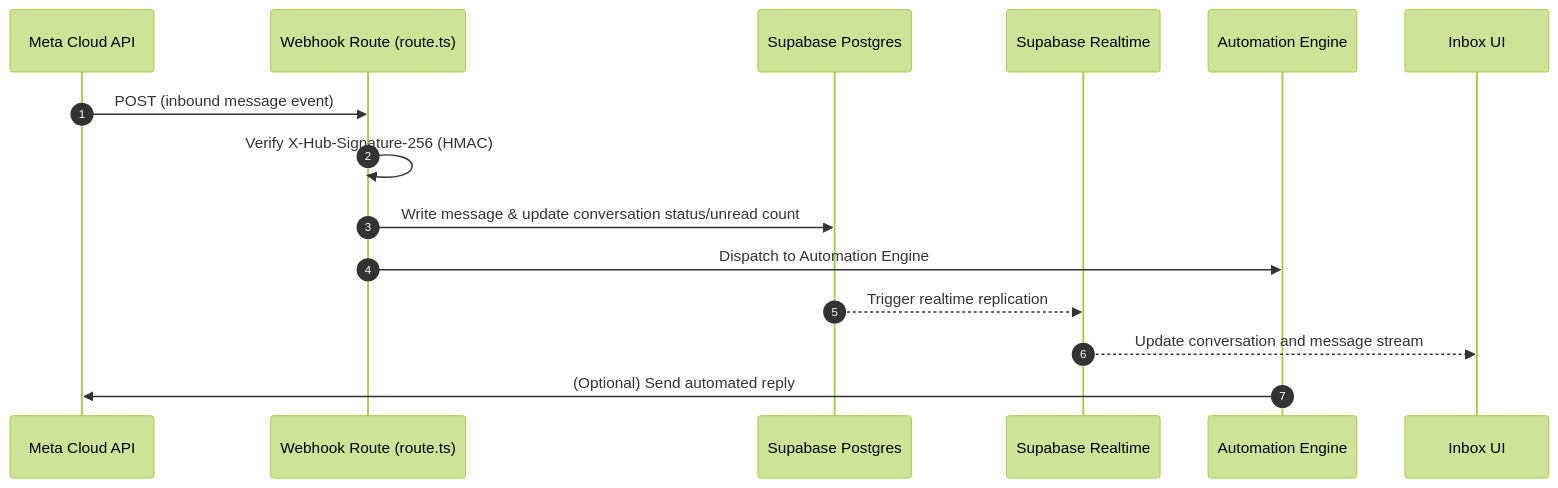
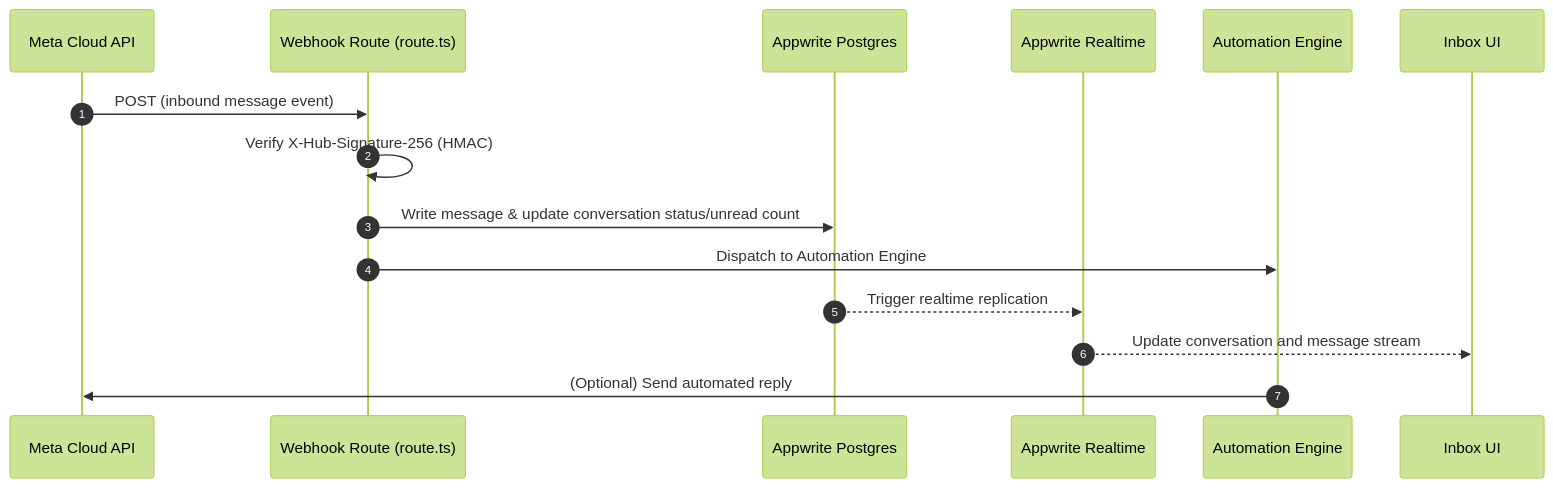
The second of 2 diagrams in analysis_results.md (imsusanta/helpa), drawn with Mermaid (forest theme) before and after one commit. The commit also changed other lines of this file and 121 other files, not shown here.

````diff
--- a/analysis_results.md
+++ b/analysis_results.md
@@ -74,18 +74,18 @@
 ```mermaid
 sequenceDiagram
     autonumber
     participant Meta as Meta Cloud API
     participant Webhook as Webhook Route (route.ts)
-    participant DB as Supabase Postgres
-    participant Realtime as Supabase Realtime
+    participant DB as Appwrite Postgres
+    participant Realtime as Appwrite Realtime
     participant Engine as Automation Engine
     participant UI as Inbox UI
 
     Meta->>Webhook: POST (inbound message event)
     Webhook->>Webhook: Verify X-Hub-Signature-256 (HMAC)
     Webhook->>DB: Write message & update conversation status/unread count
     Webhook->>Engine: Dispatch to Automation Engine
     DB-->>Realtime: Trigger realtime replication
     Realtime-->>UI: Update conversation and message stream
     Engine->>Meta: (Optional) Send automated reply
 ```
````
